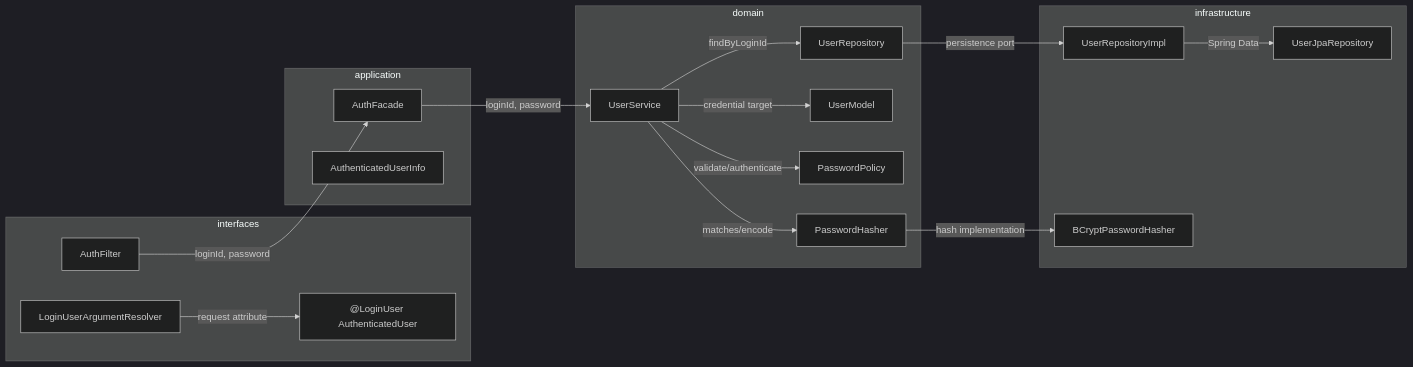
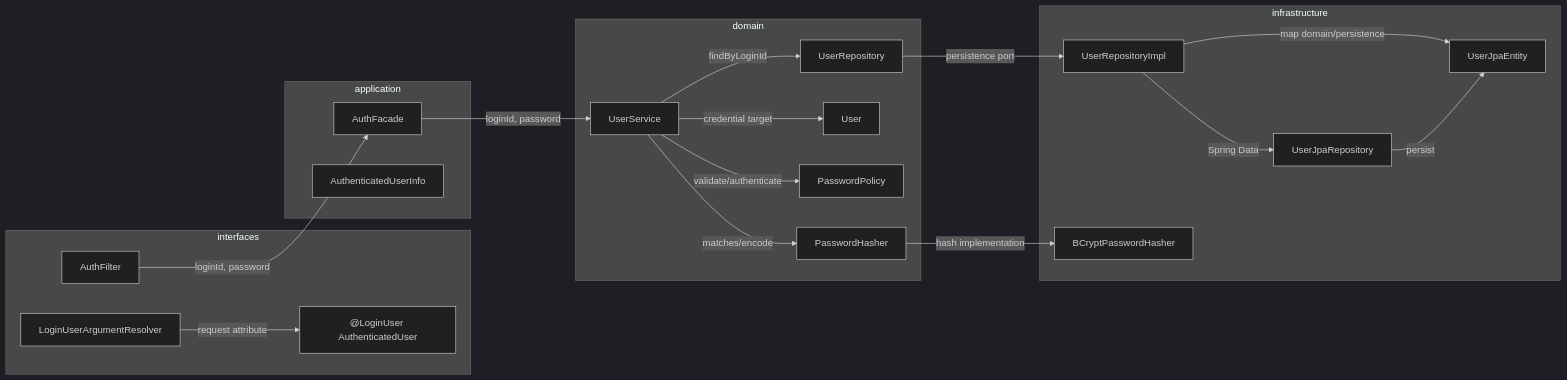
The first of 6 diagrams in docs/week3/01-api-dependency-structure.md (loopers-labs/loop-pack-be-l2-vol4-java), drawn with Mermaid (dark theme) before and after one commit. The commit also changed other lines of this file and 6 other files, not shown here.

````diff
--- a/docs/week3/01-api-dependency-structure.md
+++ b/docs/week3/01-api-dependency-structure.md
@@ -26,38 +26,41 @@
 ```mermaid
 flowchart LR
     subgraph interfaces
         AuthFilter
         LoginUserArgumentResolver
         AuthenticatedUser["@LoginUser AuthenticatedUser"]
     end
 
     subgraph application
         AuthFacade
         AuthenticatedUserInfo
     end
 
     subgraph domain
         UserService
         UserRepository
-        UserModel
+        User
         PasswordPolicy
         PasswordHasher
     end
 
     subgraph infrastructure
         UserRepositoryImpl
         UserJpaRepository
+        UserJpaEntity
         BCryptPasswordHasher
     end
 
     AuthFilter -->|"loginId, password"| AuthFacade
     AuthFacade -->|"loginId, password"| UserService
     UserService -->|"findByLoginId"| UserRepository
     UserService -->|"validate/authenticate"| PasswordPolicy
     UserService -->|"matches/encode"| PasswordHasher
-    UserService -->|"credential target"| UserModel
+    UserService -->|"credential target"| User
     UserRepository -->|"persistence port"| UserRepositoryImpl
+    UserRepositoryImpl -->|"map domain/persistence"| UserJpaEntity
     UserRepositoryImpl -->|"Spring Data"| UserJpaRepository
+    UserJpaRepository -->|"persist"| UserJpaEntity
     PasswordHasher -->|"hash implementation"| BCryptPasswordHasher
     LoginUserArgumentResolver -->|"request attribute"| AuthenticatedUser
 ```
````
